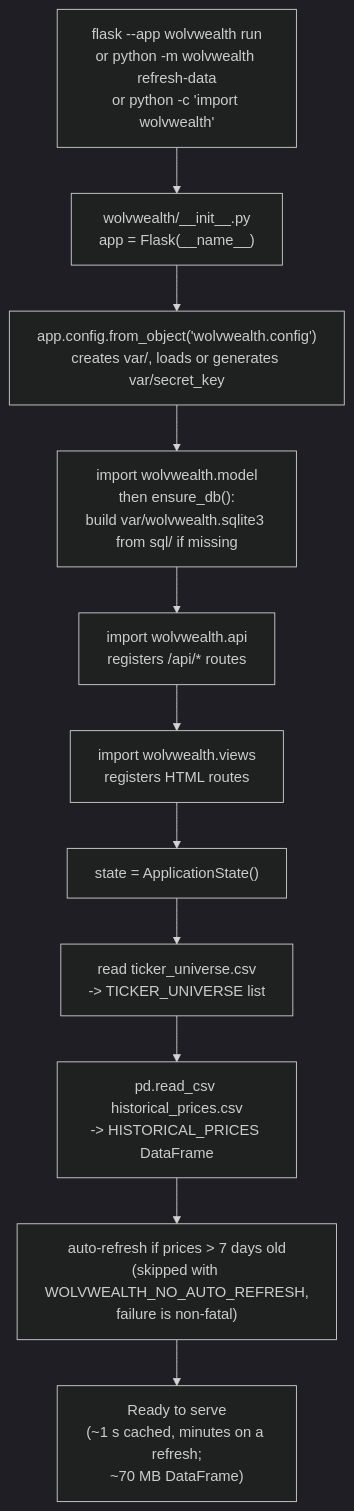
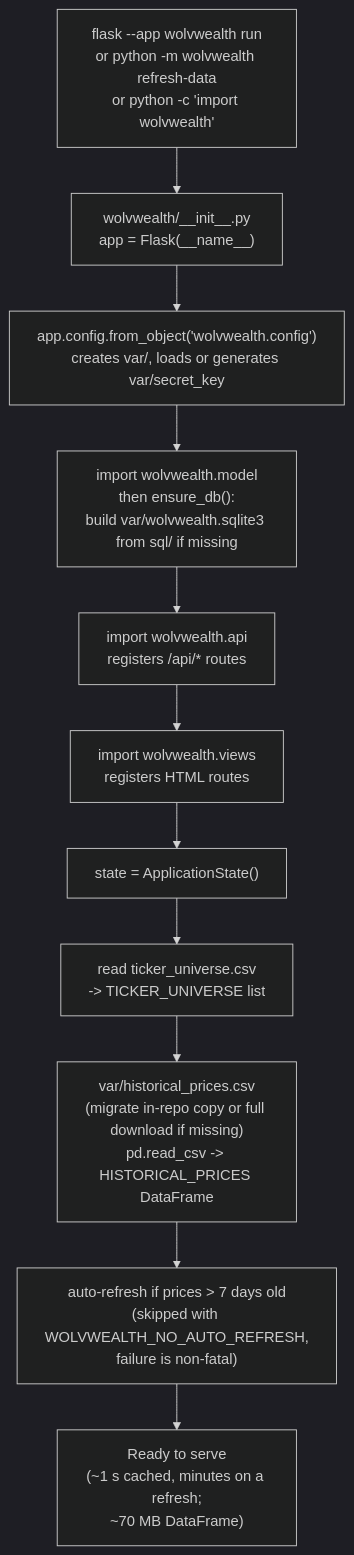
The second of 10 diagrams in ARCHITECTURE.md (rramboer/WolvWealth), drawn with Mermaid (dark theme) before and after one commit. The commit also changed other lines of this file and 7 other files, not shown here.

````diff
--- a/ARCHITECTURE.md
+++ b/ARCHITECTURE.md
@@ -117,13 +117,13 @@
 ```mermaid
 flowchart TD
     A["flask --app wolvwealth run<br/>or python -m wolvwealth refresh-data<br/>or python -c 'import wolvwealth'"] --> B["wolvwealth/__init__.py<br/>app = Flask(__name__)"]
     B --> C["app.config.from_object('wolvwealth.config')<br/>creates var/, loads or generates var/secret_key"]
     C --> D["import wolvwealth.model<br/>then ensure_db():<br/>build var/wolvwealth.sqlite3 from sql/ if missing"]
     D --> E["import wolvwealth.api<br/>registers /api/* routes"]
     E --> F["import wolvwealth.views<br/>registers HTML routes"]
     F --> G["state = ApplicationState()"]
     G --> H["read ticker_universe.csv<br/>-> TICKER_UNIVERSE list"]
-    H --> I["pd.read_csv historical_prices.csv<br/>-> HISTORICAL_PRICES DataFrame"]
+    H --> I["var/historical_prices.csv<br/>(migrate in-repo copy or full download if missing)<br/>pd.read_csv -> HISTORICAL_PRICES DataFrame"]
     I --> R["auto-refresh if prices > 7 days old<br/>(skipped with WOLVWEALTH_NO_AUTO_REFRESH,<br/>failure is non-fatal)"]
     R --> J["Ready to serve<br/>(~1 s cached, minutes on a refresh;<br/>~70 MB DataFrame)"]
 ```
````
